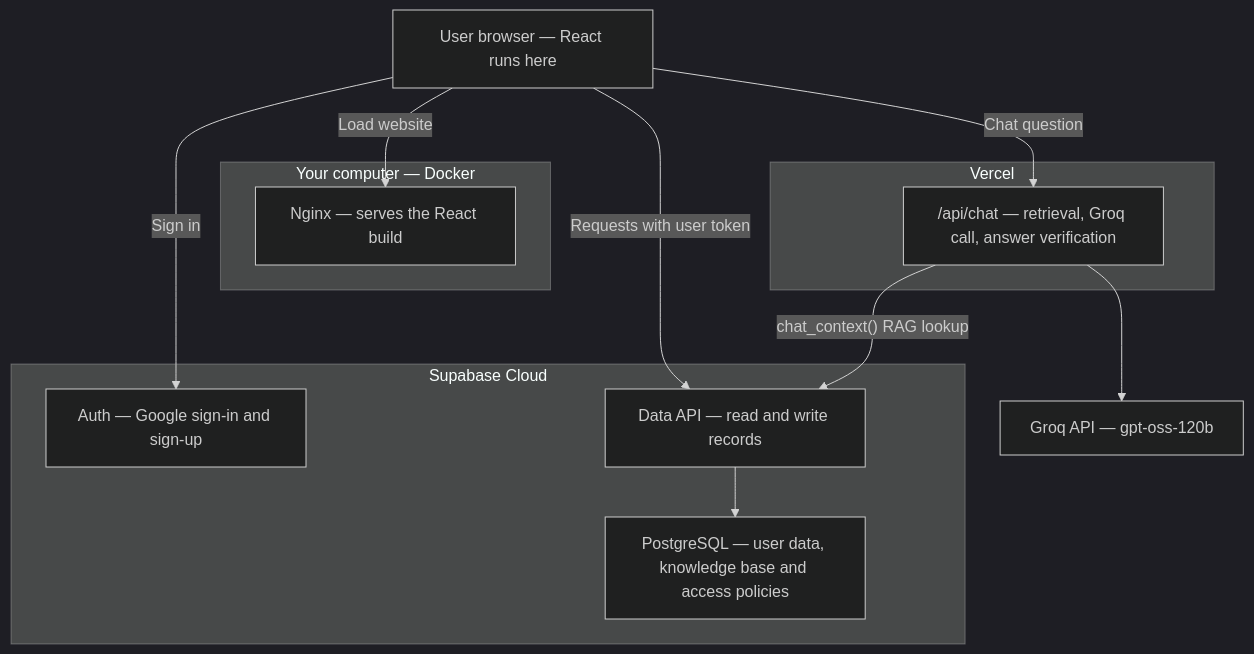
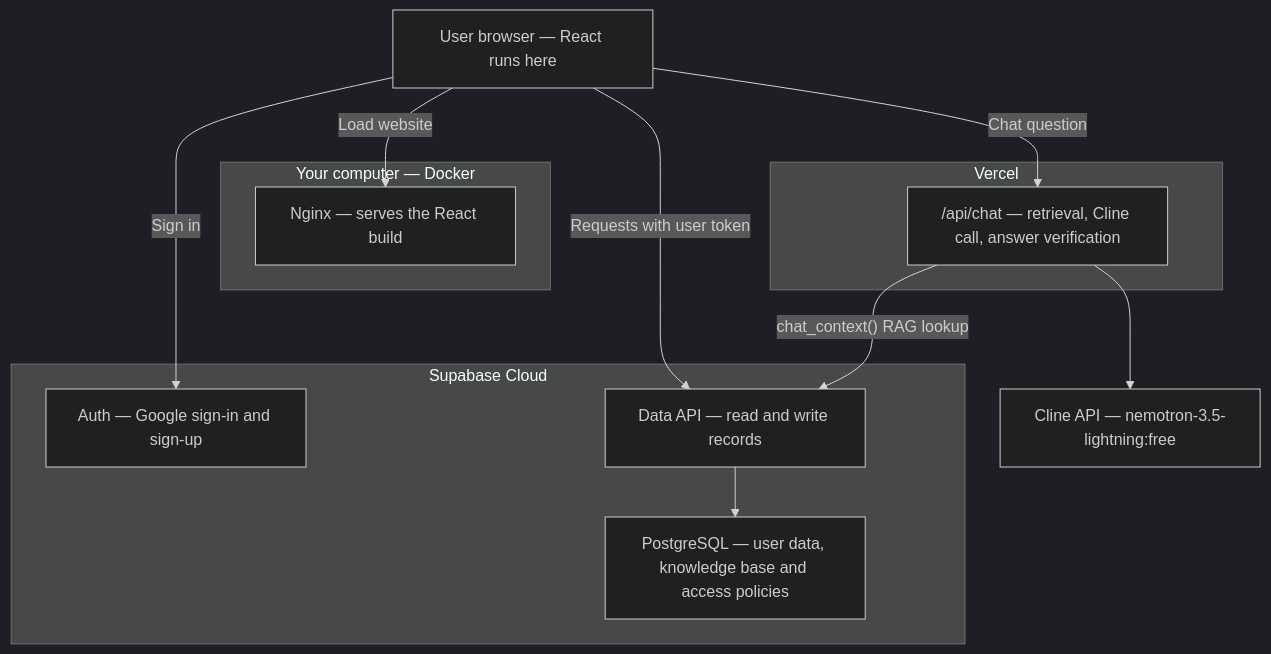
The diagram in architecture.md (GalaxyKickLock77/Tricore), drawn with Mermaid (dark theme) before and after one commit. The commit also changed 14 other files, not shown here.

Commit message:
Switch AI provider to Cline free model

````diff
--- a/architecture.md
+++ b/architecture.md
@@ -3,27 +3,27 @@
 ```mermaid
 flowchart TD
     Browser["User browser — React runs here"]
 
     subgraph Local["Your computer — Docker"]
         Web["Nginx — serves the React build"]
     end
 
     subgraph Cloud["Supabase Cloud"]
         Auth["Auth — Google sign-in and sign-up"]
         API["Data API — read and write records"]
         DB["PostgreSQL — user data, knowledge base and access policies"]
     end
 
     subgraph Vercel["Vercel"]
-        Chat["/api/chat — retrieval, Groq call, answer verification"]
+        Chat["/api/chat — retrieval, Cline call, answer verification"]
     end
-    Groq["Groq API — gpt-oss-120b"]
+    Cline["Cline API — nemotron-3.5-lightning:free"]
 
     Browser -->|"Load website"| Web
     Browser -->|"Sign in"| Auth
     Browser -->|"Requests with user token"| API
     API --> DB
     Browser -->|"Chat question"| Chat
     Chat -->|"chat_context() RAG lookup"| API
-    Chat --> Groq
+    Chat --> Cline
 ```
````
